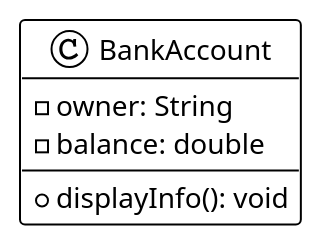
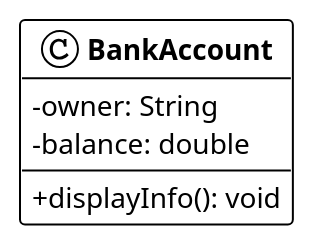
Before and after one commit to heig-vd-progim-course/heig-vd-progim2-course: the diagram in 01-contenus-du-cours/05-programmation-orientee-objet-encapsulation-et-heritage/images/bankaccount-private.puml, drawn with PlantUML. The commit also changed 89 other files, not shown here.

Commit message:
Enhance UML diagrams for vehicles without inheritance

```diff
--- a/01-contenus-du-cours/05-programmation-orientee-objet-encapsulation-et-heritage/images/bankaccount-private.puml
+++ b/01-contenus-du-cours/05-programmation-orientee-objet-encapsulation-et-heritage/images/bankaccount-private.puml
@@ -1,11 +1,16 @@
-@startuml
+@startuml bankaccount-private
 !theme plain
+
+skinparam classAttributeIconSize 0
+skinparam classFontStyle bold
 
 class BankAccount {
   - owner: String
   - balance: double
   --
   + displayInfo(): void
 }
 
+
+
 @enduml
```
